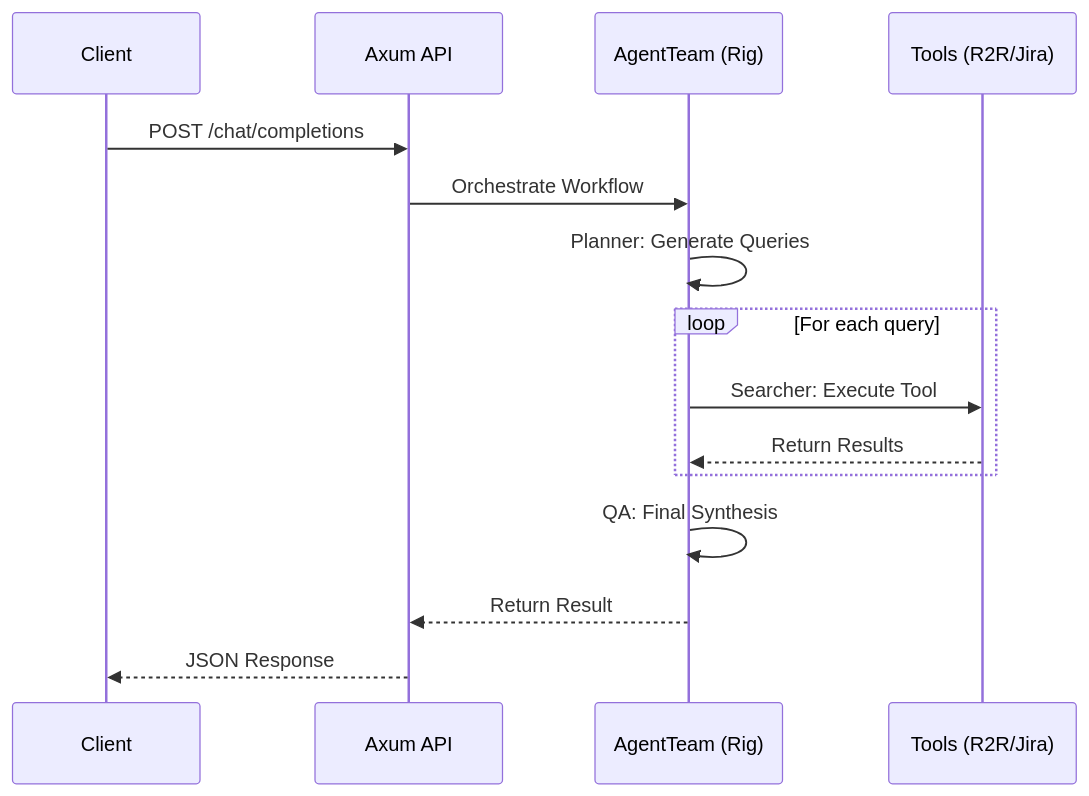
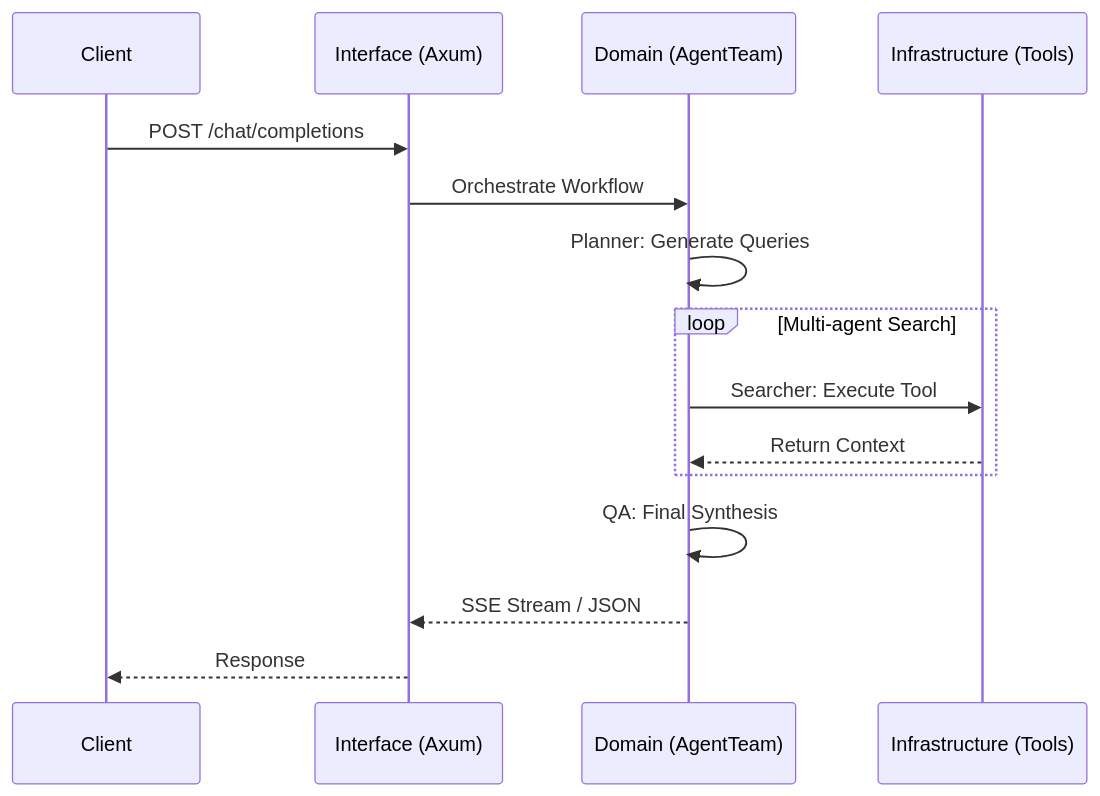
One commit to lgcorzo/fastapi-autogen-team changed the second of 2 diagrams in README.md. Above: the diagram before and after it, drawn with Mermaid. The commit also changed other lines of this file and 5 other files, not shown here.

Commit message:
docs: update README and wiki for DDD architecture with Mermaid diagrams

````diff
--- a/README.md
+++ b/README.md
@@ -68,18 +73,18 @@
 ```mermaid
 sequenceDiagram
     participant C as Client
-    participant A as Axum API
-    participant AT as AgentTeam (Rig)
-    participant T as Tools (R2R/Jira)
+    participant I as Interface (Axum)
+    participant D as Domain (AgentTeam)
+    participant Inf as Infrastructure (Tools)
 
-    C->>A: POST /chat/completions
-    A->>AT: Orchestrate Workflow
-    AT->>AT: Planner: Generate Queries
-    loop For each query
-        AT->>T: Searcher: Execute Tool
-        T-->>AT: Return Results
+    C->>I: POST /chat/completions
+    I->>D: Orchestrate Workflow
+    D->>D: Planner: Generate Queries
+    loop Multi-agent Search
+        D->>Inf: Searcher: Execute Tool
+        Inf-->>D: Return Context
     end
-    AT->>AT: QA: Final Synthesis
-    AT-->>A: Return Result
-    A-->>C: JSON Response
+    D->>D: QA: Final Synthesis
+    D-->>I: SSE Stream / JSON
+    I-->>C: Response
 ```
````
